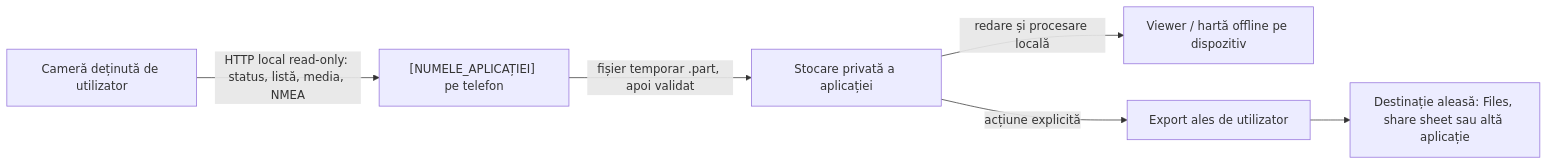
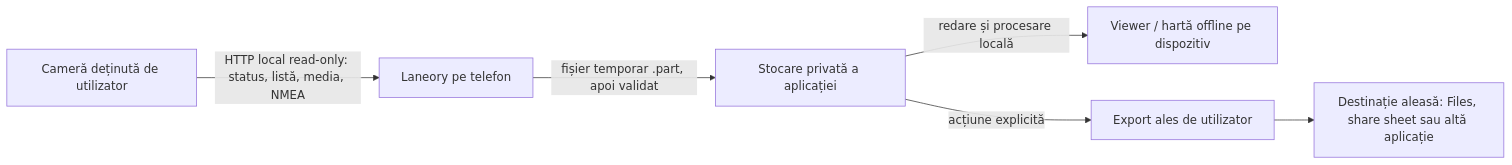
The first of 2 diagrams in docs/legal/privacy-data-flow.md (aristache-labs/MiVue-Pro), drawn with Mermaid before and after one commit. The commit also changed 48 other files, not shown here.

````diff
--- a/docs/legal/privacy-data-flow.md
+++ b/docs/legal/privacy-data-flow.md
@@ -23,15 +23,15 @@
 ```mermaid
 flowchart LR
     C["Cameră deținută de utilizator"]
-    A["[NUMELE_APLICAȚIEI] pe telefon"]
+    A["Laneory pe telefon"]
     S["Stocare privată a aplicației"]
     V["Viewer / hartă offline pe dispozitiv"]
     E["Export ales de utilizator"]
     D["Destinație aleasă: Files, share sheet sau altă aplicație"]
 
     C -->|"HTTP local read-only: status, listă, media, NMEA"| A
     A -->|"fișier temporar .part, apoi validat"| S
     S -->|"redare și procesare locală"| V
     S -->|"acțiune explicită"| E
     E --> D
 ```
````
